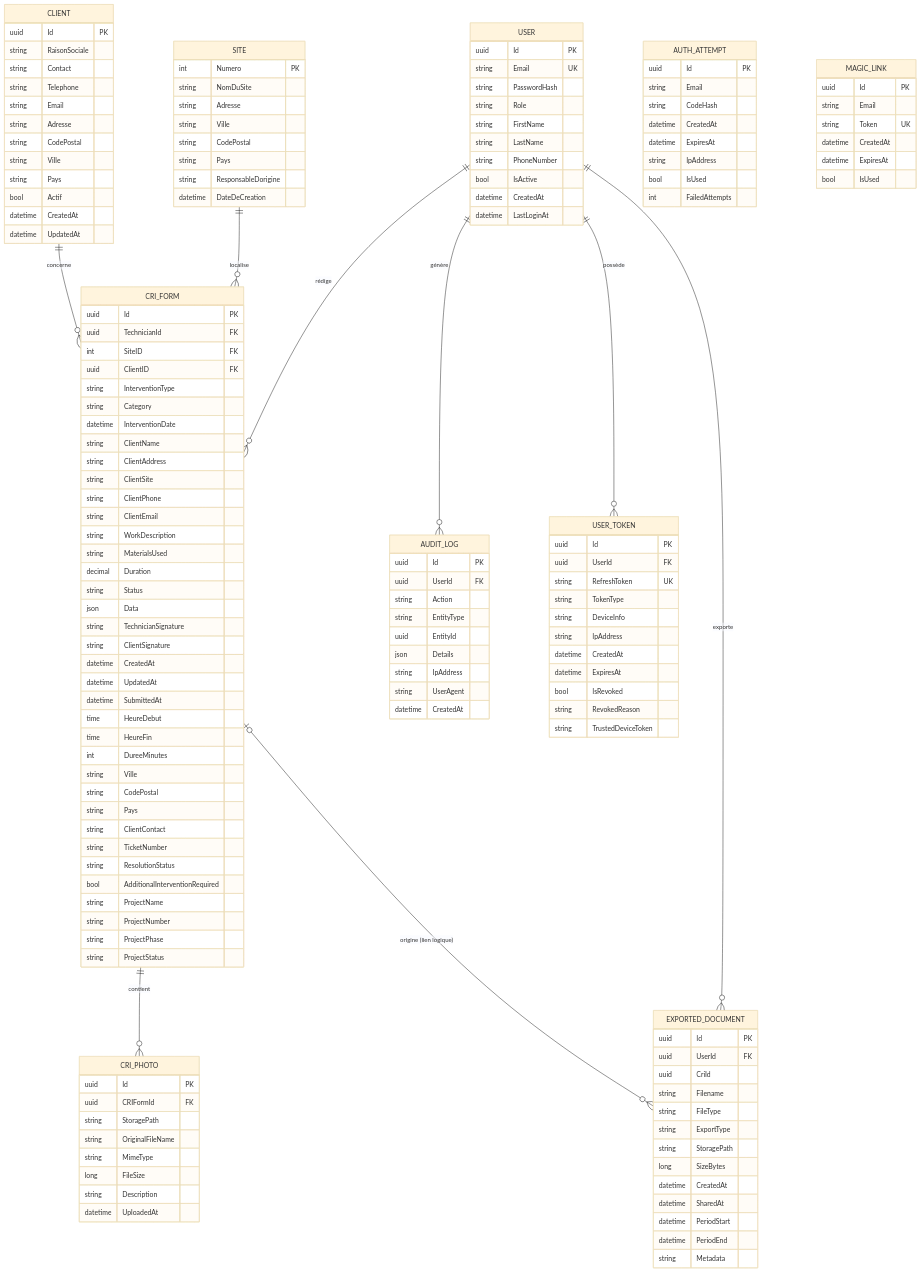
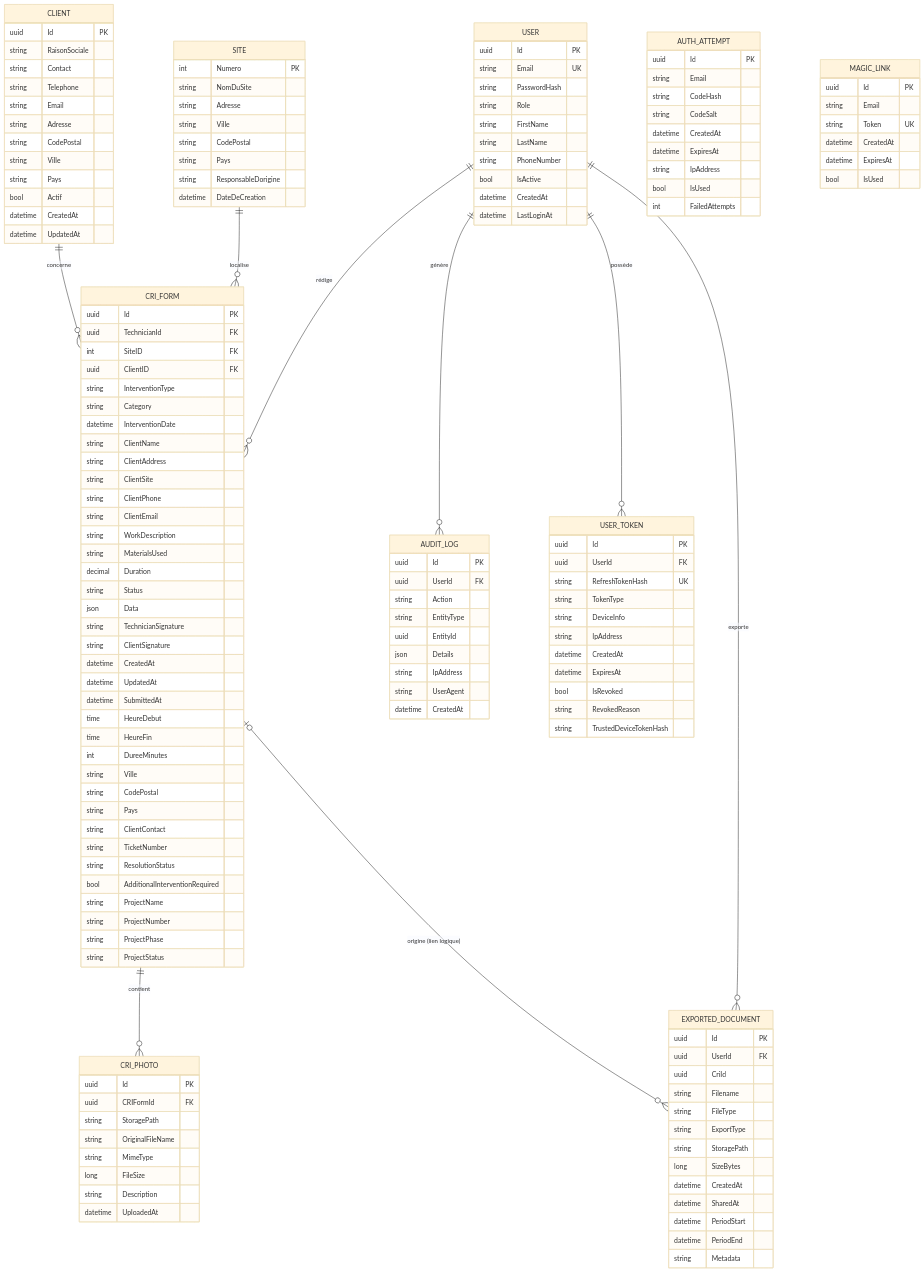
The diagram in docs/database-mcd-mld.md (DASHNOV/CRI-Novadis), drawn with Mermaid (base theme) before and after one commit. The commit also changed other lines of this file and 12 other files, not shown here.

```diff
--- a/docs/database-mcd-mld.md
+++ b/docs/database-mcd-mld.md
@@ -124,6 +124,7 @@
         uuid Id PK
         string Email
         string CodeHash
+        string CodeSalt
         datetime CreatedAt
         datetime ExpiresAt
         string IpAddress
@@ -134,7 +135,7 @@
     USER_TOKEN {
         uuid Id PK
         uuid UserId FK
-        string RefreshToken UK
+        string RefreshTokenHash UK
         string TokenType
         string DeviceInfo
         string IpAddress
@@ -142,7 +143,7 @@
         datetime ExpiresAt
         bool   IsRevoked
         string RevokedReason
-        string TrustedDeviceToken
+        string TrustedDeviceTokenHash
     }
 
     MAGIC_LINK {
```
